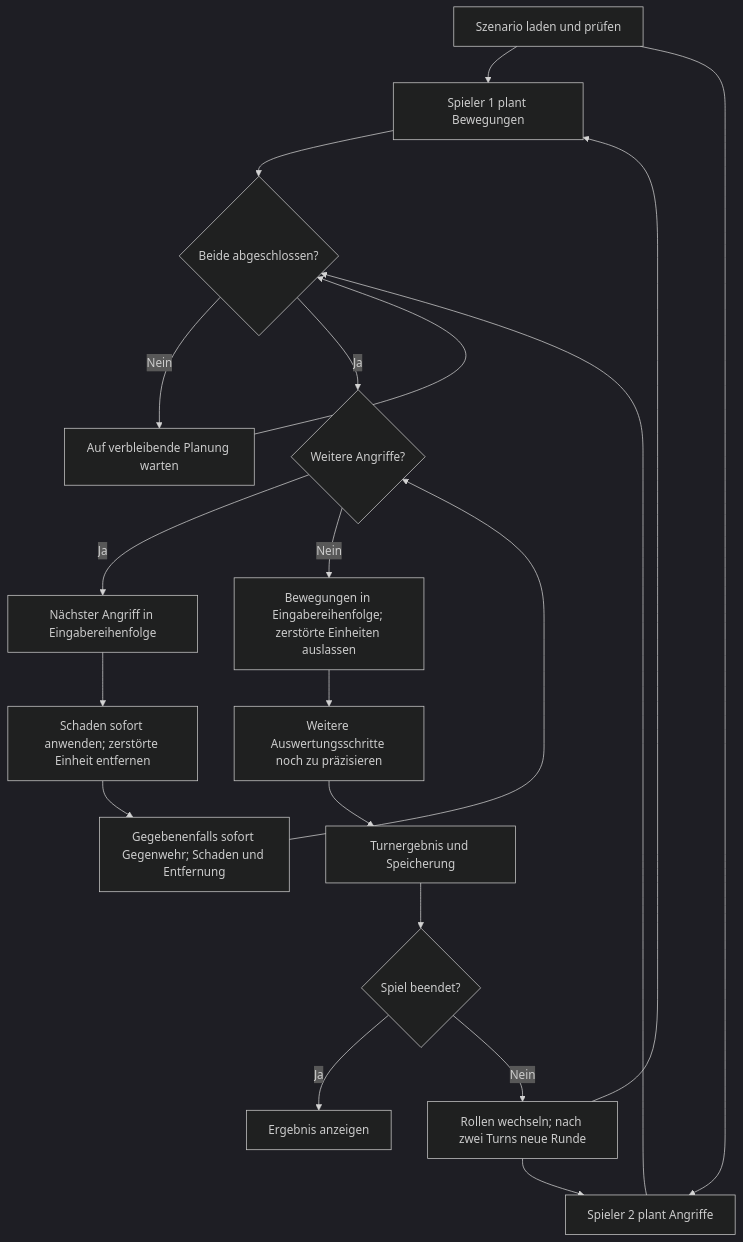
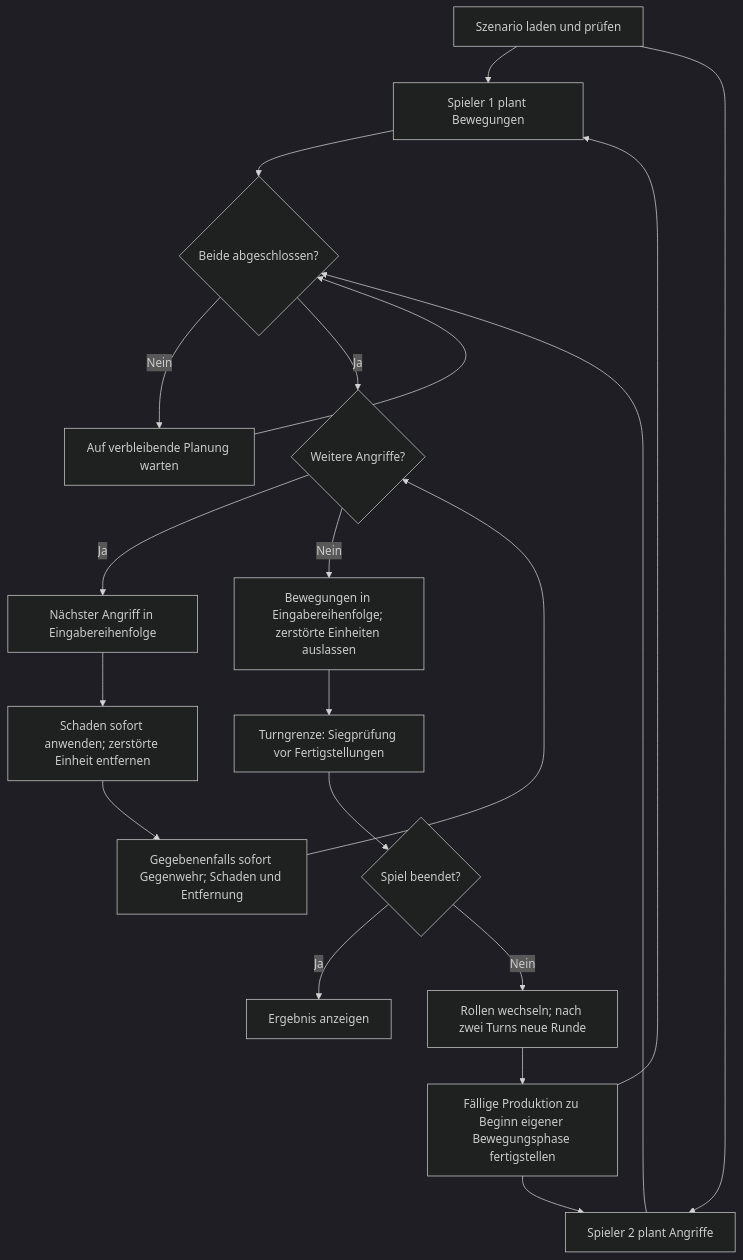
The third of 4 diagrams in docs/Design.md (CymricNPG/SplitBattle), drawn with Mermaid (dark theme) before and after one commit. The commit also changed other lines of this file and 12 other files, not shown here.

````diff
--- a/docs/Design.md
+++ b/docs/Design.md
@@ -70,22 +70,22 @@
 ```mermaid
 flowchart TD
     Init[Szenario laden und prüfen] --> P1[Spieler 1 plant Bewegungen]
     Init --> P2[Spieler 2 plant Angriffe]
     P1 --> Ready{Beide abgeschlossen?}
     P2 --> Ready
     Ready -- Nein --> Wait[Auf verbleibende Planung warten]
     Wait --> Ready
     Ready -- Ja --> Attacks{Weitere Angriffe?}
     Attacks -- Ja --> Attack[Nächster Angriff in Eingabereihenfolge]
     Attack --> Damage[Schaden sofort anwenden; zerstörte Einheit entfernen]
     Damage --> Counter[Gegebenenfalls sofort Gegenwehr; Schaden und Entfernung]
     Counter --> Attacks
     Attacks -- Nein --> Move[Bewegungen in Eingabereihenfolge; zerstörte Einheiten auslassen]
-    Move --> Other[Weitere Auswertungsschritte noch zu präzisieren]
-    Other --> Result[Turnergebnis und Speicherung]
-    Result --> EndCheck{Spiel beendet?}
+    Move --> Boundary[Turngrenze: Siegprüfung vor Fertigstellungen]
+    Boundary --> EndCheck{Spiel beendet?}
     EndCheck -- Ja --> End[Ergebnis anzeigen]
     EndCheck -- Nein --> Swap[Rollen wechseln; nach zwei Turns neue Runde]
-    Swap --> P1
-    Swap --> P2
+    Swap --> Finish[Fällige Produktion zu Beginn eigener Bewegungsphase fertigstellen]
+    Finish --> P1
+    Finish --> P2
 ```
````
